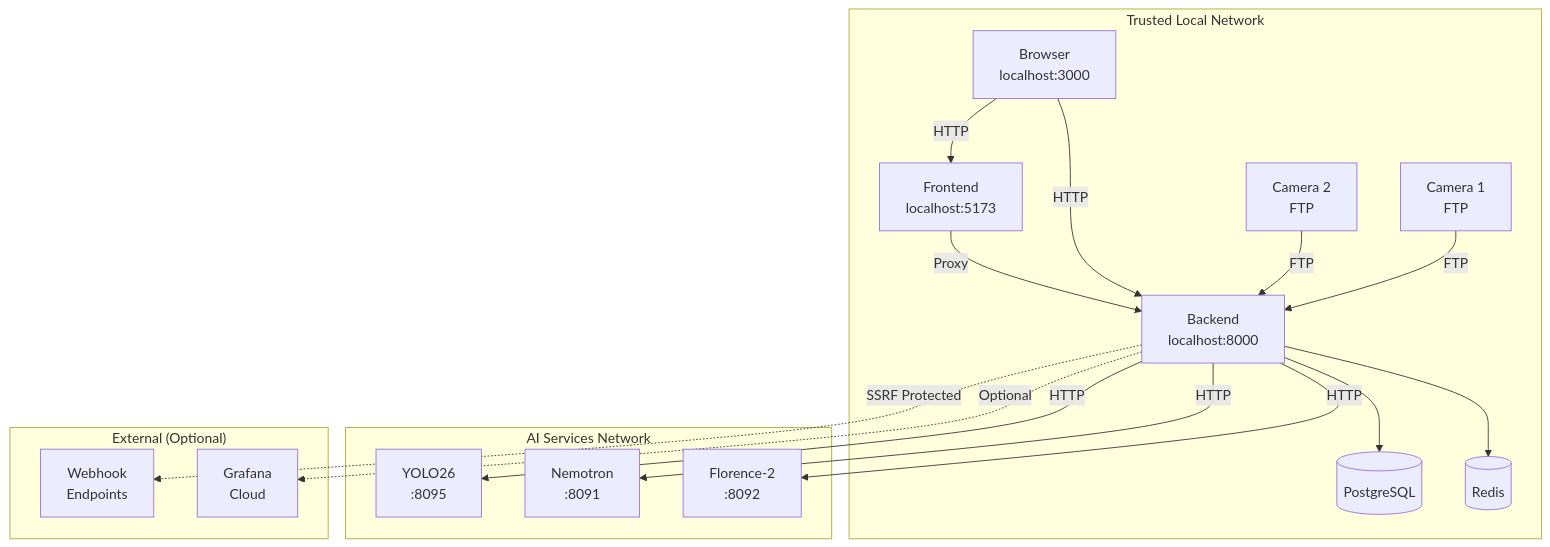
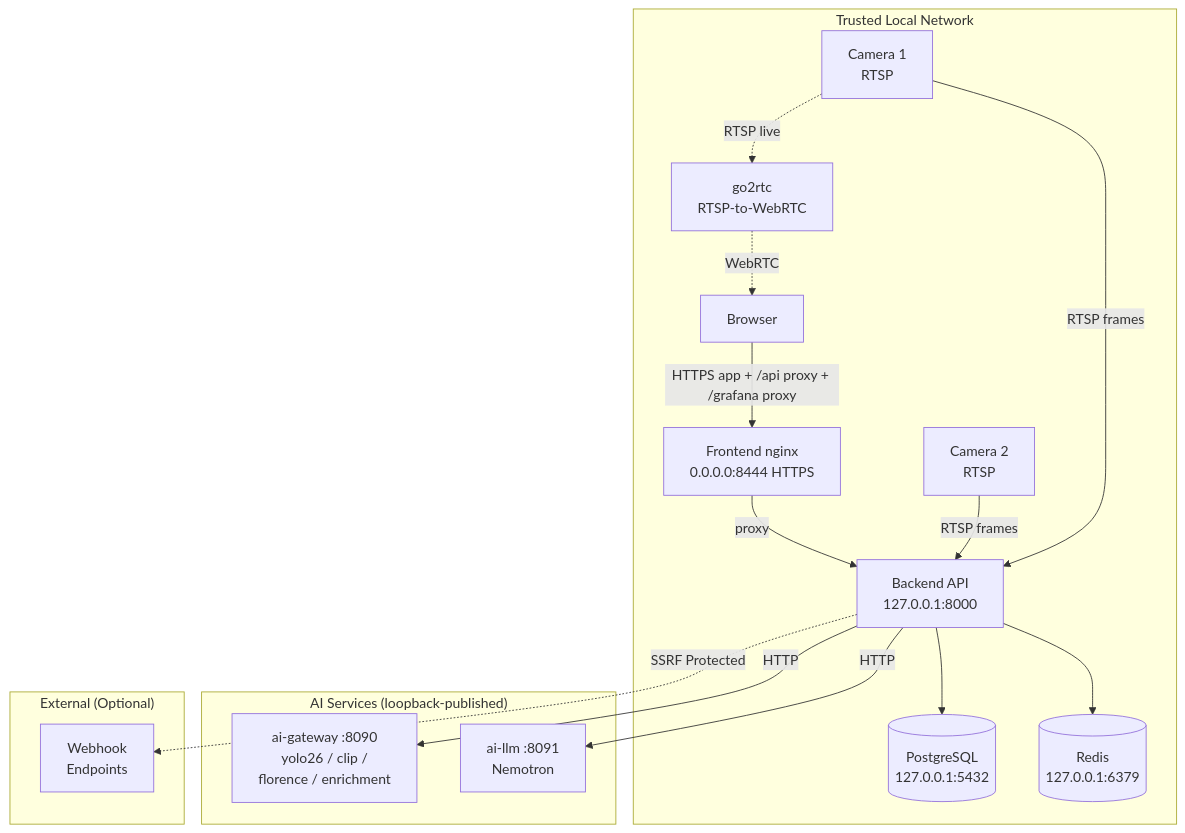
One commit to mikesvoboda/nemotron-v3-home-security-intelligence changed the diagram in docs/architecture/security/network-security.md. Above: the diagram before and after it, drawn with Mermaid. The commit also changed other lines of this file and 313 other files, not shown here.

````diff
--- a/docs/architecture/security/network-security.md
+++ b/docs/architecture/security/network-security.md
@@ -28,36 +28,34 @@
 ```mermaid
 flowchart TB
     subgraph TrustedNetwork["Trusted Local Network"]
-        CAM1[Camera 1<br/>FTP]
-        CAM2[Camera 2<br/>FTP]
-        BROWSER[Browser<br/>localhost:3000]
-        BACKEND[Backend<br/>localhost:8000]
-        FRONTEND[Frontend<br/>localhost:5173]
-        DB[(PostgreSQL)]
-        REDIS[(Redis)]
+        CAM1[Camera 1<br/>RTSP]
+        CAM2[Camera 2<br/>RTSP]
+        BROWSER[Browser]
+        FRONTEND[Frontend nginx<br/>0.0.0.0:8444 HTTPS]
+        BACKEND[Backend API<br/>127.0.0.1:8000]
+        GO2RTC[go2rtc<br/>RTSP-to-WebRTC]
+        DB[(PostgreSQL<br/>127.0.0.1:5432)]
+        REDIS[(Redis<br/>127.0.0.1:6379)]
     end
 
-    subgraph AIServices["AI Services Network"]
-        YOLO26[YOLO26<br/>:8095]
-        NEMOTRON[Nemotron<br/>:8091]
-        FLORENCE[Florence-2<br/>:8092]
+    subgraph AIServices["AI Services (loopback-published)"]
+        GATEWAY[ai-gateway :8090<br/>yolo26 / clip /<br/>florence / enrichment]
+        LLM[ai-llm :8091<br/>Nemotron]
     end
 
     subgraph External["External (Optional)"]
         WEBHOOK[Webhook<br/>Endpoints]
-        GRAFANA[Grafana<br/>Cloud]
     end
 
-    CAM1 -->|FTP| BACKEND
-    CAM2 -->|FTP| BACKEND
-    BROWSER -->|HTTP| FRONTEND
-    BROWSER -->|HTTP| BACKEND
-    FRONTEND -->|Proxy| BACKEND
+    CAM1 -->|RTSP frames| BACKEND
+    CAM2 -->|RTSP frames| BACKEND
+    CAM1 -.->|RTSP live| GO2RTC
+    GO2RTC -.->|WebRTC| BROWSER
+    BROWSER -->|HTTPS app + /api proxy + /grafana proxy| FRONTEND
+    FRONTEND -->|proxy| BACKEND
     BACKEND --> DB
     BACKEND --> REDIS
-    BACKEND -->|HTTP| YOLO26
-    BACKEND -->|HTTP| NEMOTRON
-    BACKEND -->|HTTP| FLORENCE
+    BACKEND -->|HTTP| GATEWAY
+    BACKEND -->|HTTP| LLM
     BACKEND -.->|SSRF Protected| WEBHOOK
-    BACKEND -.->|Optional| GRAFANA
 ```
````
